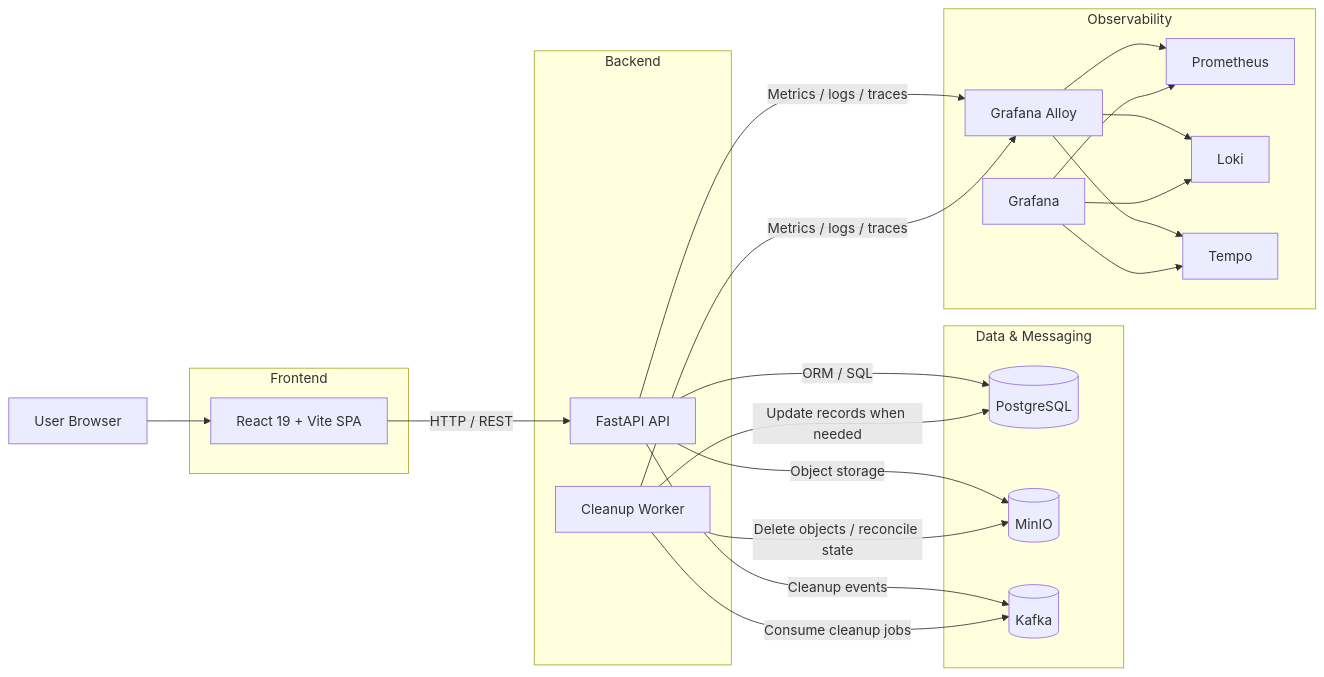
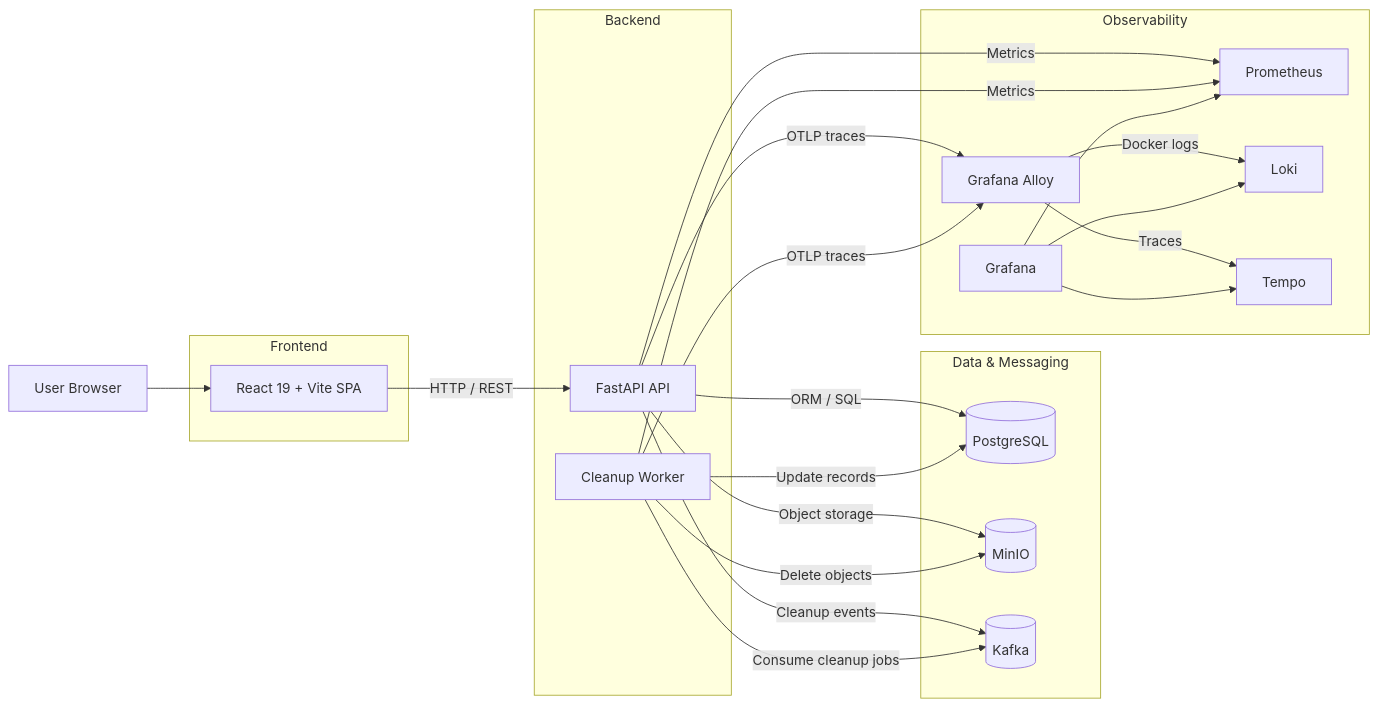
Before and after one commit to viiccwen/filesh: the diagram in README.md, drawn with Mermaid.

````diff
--- a/README.md
+++ b/README.md
@@ -26,45 +26,46 @@
 ```mermaid
 flowchart LR
     User[User Browser]
 
     subgraph Frontend["Frontend"]
         Web["React 19 + Vite SPA"]
     end
 
     subgraph Backend["Backend"]
         API["FastAPI API"]
         Worker["Cleanup Worker"]
     end
 
     subgraph Data["Data & Messaging"]
         PG[(PostgreSQL)]
         S3[(MinIO)]
         Kafka[(Kafka)]
     end
 
     subgraph Obs["Observability"]
         Alloy["Grafana Alloy"]
         Prom["Prometheus"]
         Loki["Loki"]
         Tempo["Tempo"]
         Grafana["Grafana"]
     end
 
     User --> Web
     Web -->|HTTP / REST| API
     API -->|ORM / SQL| PG
     API -->|Object storage| S3
     API -->|Cleanup events| Kafka
     Worker -->|Consume cleanup jobs| Kafka
-    Worker -->|Delete objects / reconcile state| S3
-    Worker -->|Update records when needed| PG
+    Worker -->|Delete objects| S3
+    Worker -->|Update records| PG
 
-    API -->|Metrics / logs / traces| Alloy
-    Worker -->|Metrics / logs / traces| Alloy
-    Alloy --> Prom
-    Alloy --> Loki
-    Alloy --> Tempo
+    API -->|Metrics| Prom
+    Worker -->|Metrics| Prom
+    API -->|OTLP traces| Alloy
+    Worker -->|OTLP traces| Alloy
+    Alloy -->|Traces| Tempo
+    Alloy -->|Docker logs| Loki
     Grafana --> Prom
     Grafana --> Loki
     Grafana --> Tempo
 ```
````
